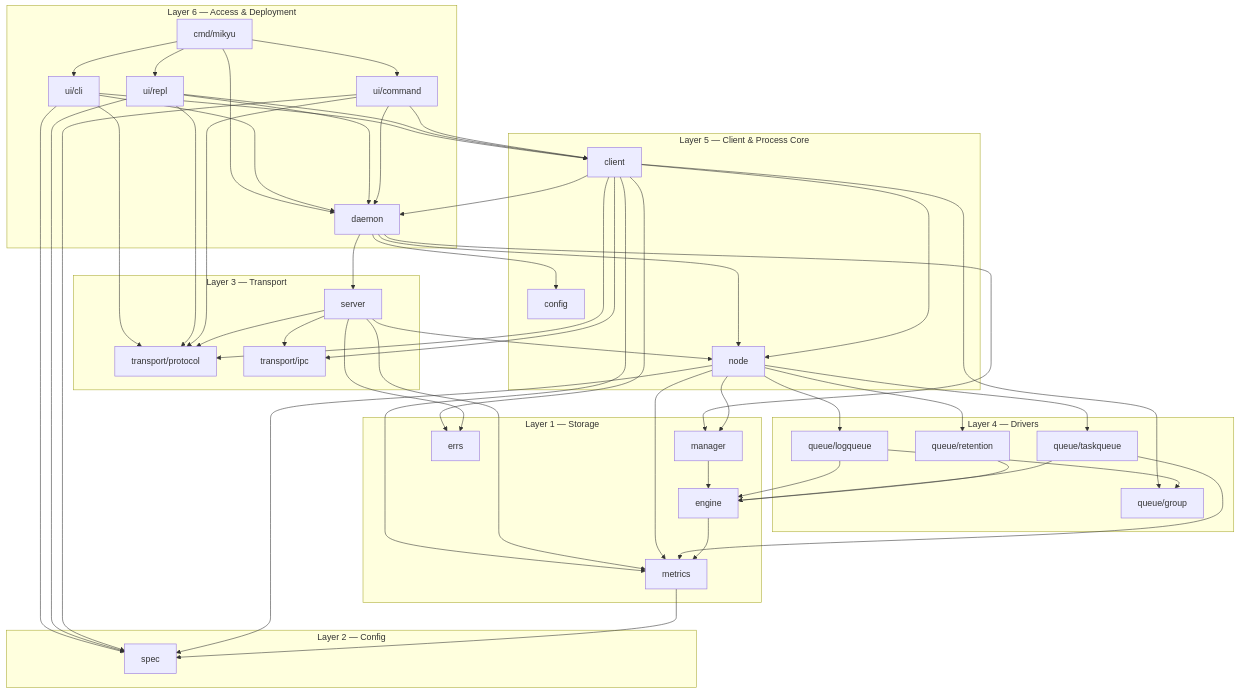
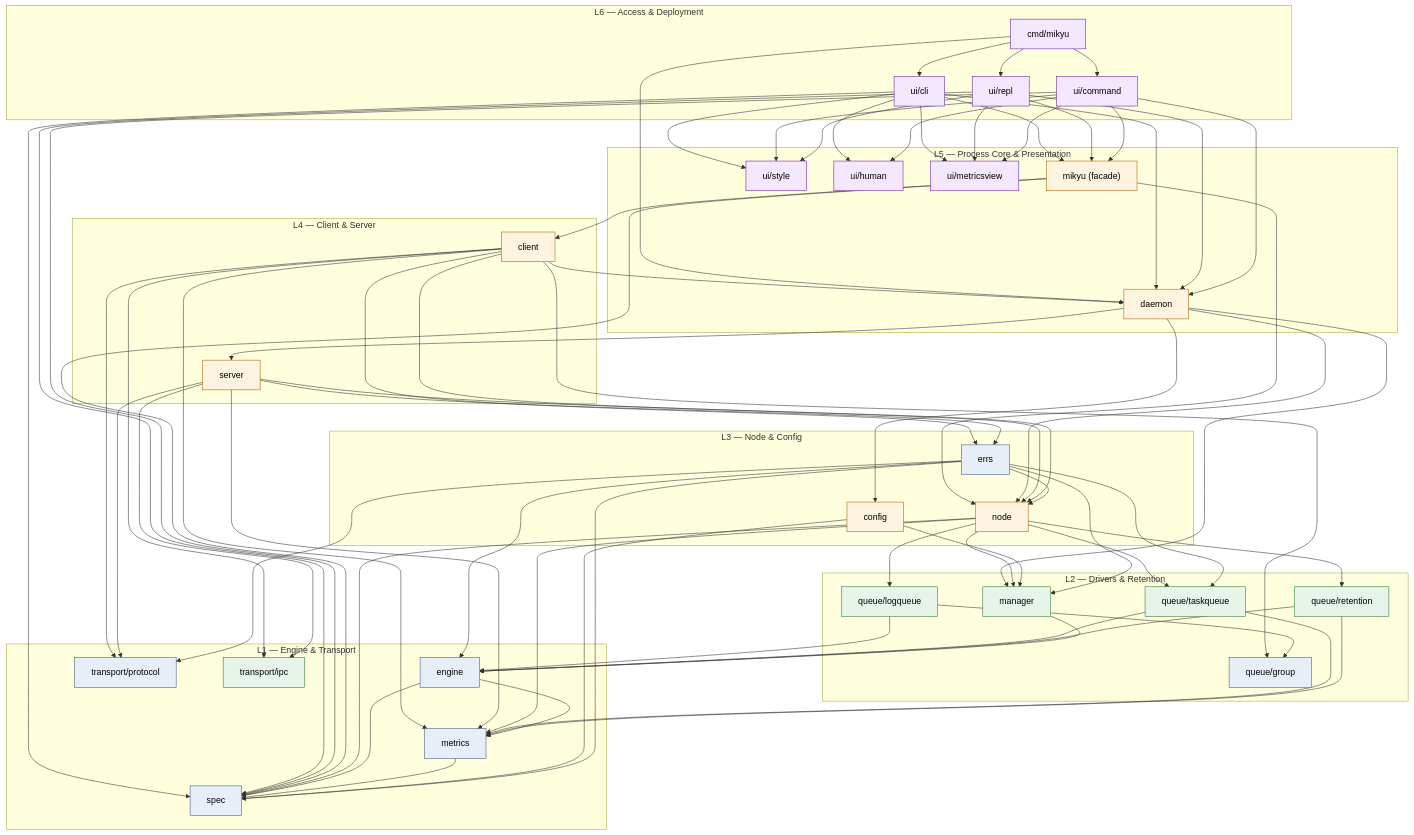
The diagram in AGENTS.md (dmunish/mikyu), drawn with Mermaid before and after one commit. The commit also changed other lines of this file, not shown here.

Commit message:
[docs] update snapshot doc after improved metrics

````diff
--- a/AGENTS.md
+++ b/AGENTS.md
@@ -211,47 +117,62 @@
 ```mermaid
 flowchart TB
-    subgraph L6["Layer 6 — Access & Deployment"]
-        CLI[ui/cli]:::c
-        REPL[ui/repl]:::c
-        CMD[ui/command]:::c
-        DAEMON[daemon]:::c
-        BIN[cmd/mikyu]:::c
-    end
-    subgraph L5["Layer 5 — Client & Process Core"]
-        CLIENT[client]:::c
-        NODE[node]:::c
-        CONFIG[config]:::c
-    end
-    subgraph L4["Layer 4 — Drivers"]
-        LOGQ[queue/logqueue]:::c
-        TASKQ[queue/taskqueue]:::c
-        GROUP[queue/group]:::c
-        RET[queue/retention]:::c
-    end
-    subgraph L3["Layer 3 — Transport"]
-        PROTO[transport/protocol]:::c
-        IPC[transport/ipc]:::c
-        SERVER[server]:::c
-    end
-    subgraph L2["Layer 2 — Config"]
-        SPEC[spec]:::c
-    end
-    subgraph L1["Layer 1 — Storage"]
-        MGR[manager]:::c
-        ENG[engine]:::c
-        MET[metrics]:::c
-        ERRS[errs]:::c
-    end
-    BIN --> CLI & REPL & DAEMON & CMD
-    CLI & REPL & CMD --> CLIENT & DAEMON & SPEC & PROTO
-    DAEMON --> CONFIG & SERVER & NODE & MGR
-    CLIENT --> NODE & PROTO & IPC & ERRS & MET & GROUP & DAEMON
-    SERVER --> NODE & PROTO & IPC & ERRS & MET
-    NODE --> MGR & LOGQ & TASKQ & RET & MET & SPEC
-    MGR --> ENG
-    LOGQ --> ENG & GROUP
-    TASKQ --> ENG & MET
-    RET --> ENG
-    ENG --> MET
-    MET --> SPEC
+  subgraph L6["L6 — Access & Deployment"]
+    BIN["cmd/mikyu"]:::leaf
+    CMD["ui/command"]:::leaf
+    CLI["ui/cli"]:::leaf
+    REPL["ui/repl"]:::leaf
+  end
+  subgraph L5["L5 — Process Core & Presentation"]
+    DAEMON["daemon"]:::core
+    MIKYU["mikyu (facade)"]:::core
+    STYLE["ui/style"]:::leaf
+    HUMAN["ui/human"]:::leaf
+    MVIEW["ui/metricsview"]:::leaf
+  end
+  subgraph L4["L4 — Client & Server"]
+    CLIENT["client"]:::core
+    SERVER["server"]:::core
+  end
+  subgraph L3["L3 — Node & Config"]
+    NODE["node"]:::core
+    CONFIG["config"]:::core
+    ERRS["errs"]:::bottom
+  end
+  subgraph L2["L2 — Drivers & Retention"]
+    LOGQ["queue/logqueue"]:::driver
+    TASKQ["queue/taskqueue"]:::driver
+    RET["queue/retention"]:::driver
+    GROUP["queue/group"]:::bottom
+    MGR["manager"]:::driver
+  end
+  subgraph L1["L1 — Engine & Transport"]
+    ENG["engine"]:::bottom
+    MET["metrics"]:::bottom
+    PROTO["transport/protocol"]:::bottom
+    IPC["transport/ipc"]:::driver
+    SPEC["spec"]:::bottom
+  end
+
+  BIN --> CLI & REPL & DAEMON & CMD
+  CLI & REPL & CMD --> MIKYU & DAEMON & SPEC & MVIEW
+  CLI & CMD --> STYLE & HUMAN
+  REPL --> STYLE
+  MIKYU --> CLIENT & NODE & SPEC
+  DAEMON --> CONFIG & SERVER & NODE & MGR
+  CLIENT --> NODE & PROTO & IPC & ERRS & MET & GROUP & DAEMON
+  SERVER --> NODE & PROTO & IPC & ERRS & MET
+  NODE --> MGR & LOGQ & TASKQ & RET & MET & SPEC
+  LOGQ --> ENG & GROUP
+  TASKQ --> ENG & MET
+  RET --> ENG & MET
+  ENG --> MET & SPEC
+  MET --> SPEC
+  MGR --> ENG
+  CONFIG --> SPEC & MGR
+  ERRS --> SPEC & ENG & MGR & NODE & TASKQ & PROTO
+
+  classDef bottom fill:#e8eef7,stroke:#3b5b8c,color:#000
+  classDef driver fill:#e6f4ea,stroke:#2e7d32,color:#000
+  classDef core fill:#fff4e0,stroke:#a86200,color:#000
+  classDef leaf fill:#f3e8ff,stroke:#6a1b9a,color:#000
 ```
````
